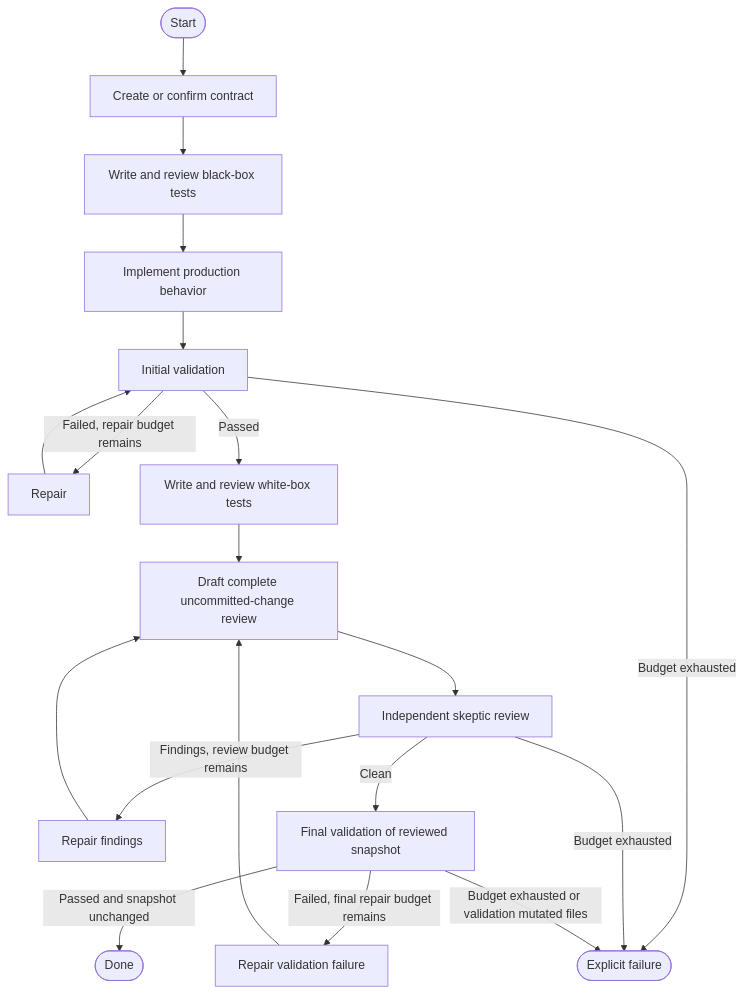
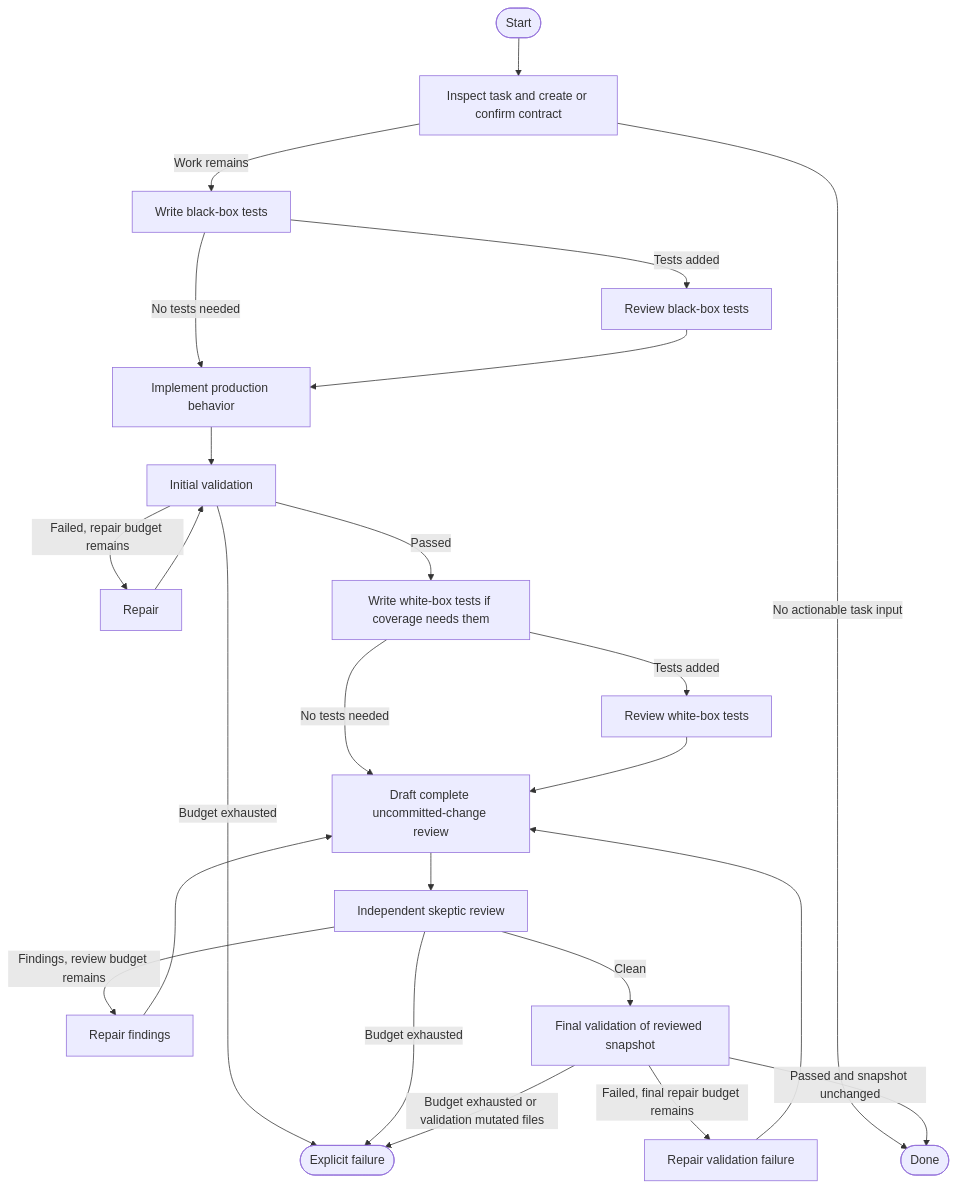
The diagram in llm/wip-eh-implement-extension/README.md (karlsabo/dev-lake-utils), drawn with Mermaid before and after one commit. The commit also changed other lines of this file and 2 other files, not shown here.

Commit message:
Update `wip-eh-implement-extension` workflow: refine contract handling, introduce `continueWorkflow` flag, update README, enhance test coverage, and improve response parsing and state-flow reliability.

````diff
--- a/llm/wip-eh-implement-extension/README.md
+++ b/llm/wip-eh-implement-extension/README.md
@@ -5,21 +5,26 @@
 ```mermaid
 flowchart TD
-    Start([Start]) --> Contract[Create or confirm contract]
-    Contract --> BlackBox[Write and review black-box tests]
-    BlackBox --> Implement[Implement production behavior]
+    Start([Start]) --> Contract[Inspect task and create or confirm contract]
+    Contract -->|No actionable task input| Done
+    Contract -->|Work remains| BlackBox[Write black-box tests]
+    BlackBox -->|Tests added| BlackBoxReview[Review black-box tests]
+    BlackBox -->|No tests needed| Implement
+    BlackBoxReview --> Implement[Implement production behavior]
     Implement --> InitialVerify[Initial validation]
     InitialVerify -->|Failed, repair budget remains| InitialFix[Repair]
     InitialFix --> InitialVerify
-    InitialVerify -->|Passed| WhiteBox[Write and review white-box tests]
-    WhiteBox --> Draft[Draft complete uncommitted-change review]
+    InitialVerify -->|Passed| WhiteBox[Write white-box tests if coverage needs them]
+    WhiteBox -->|Tests added| WhiteBoxReview[Review white-box tests]
+    WhiteBox -->|No tests needed| Draft
+    WhiteBoxReview --> Draft[Draft complete uncommitted-change review]
     Draft --> Skeptic[Independent skeptic review]
     Skeptic -->|Findings, review budget remains| ReviewFix[Repair findings]
     ReviewFix --> Draft
     Skeptic -->|Clean| FinalVerify[Final validation of reviewed snapshot]
     FinalVerify -->|Failed, final repair budget remains| FinalFix[Repair validation failure]
     FinalFix --> Draft
     FinalVerify -->|Passed and snapshot unchanged| Done([Done])
     InitialVerify -->|Budget exhausted| Failed([Explicit failure])
     Skeptic -->|Budget exhausted| Failed
     FinalVerify -->|Budget exhausted or validation mutated files| Failed
 ```
````
